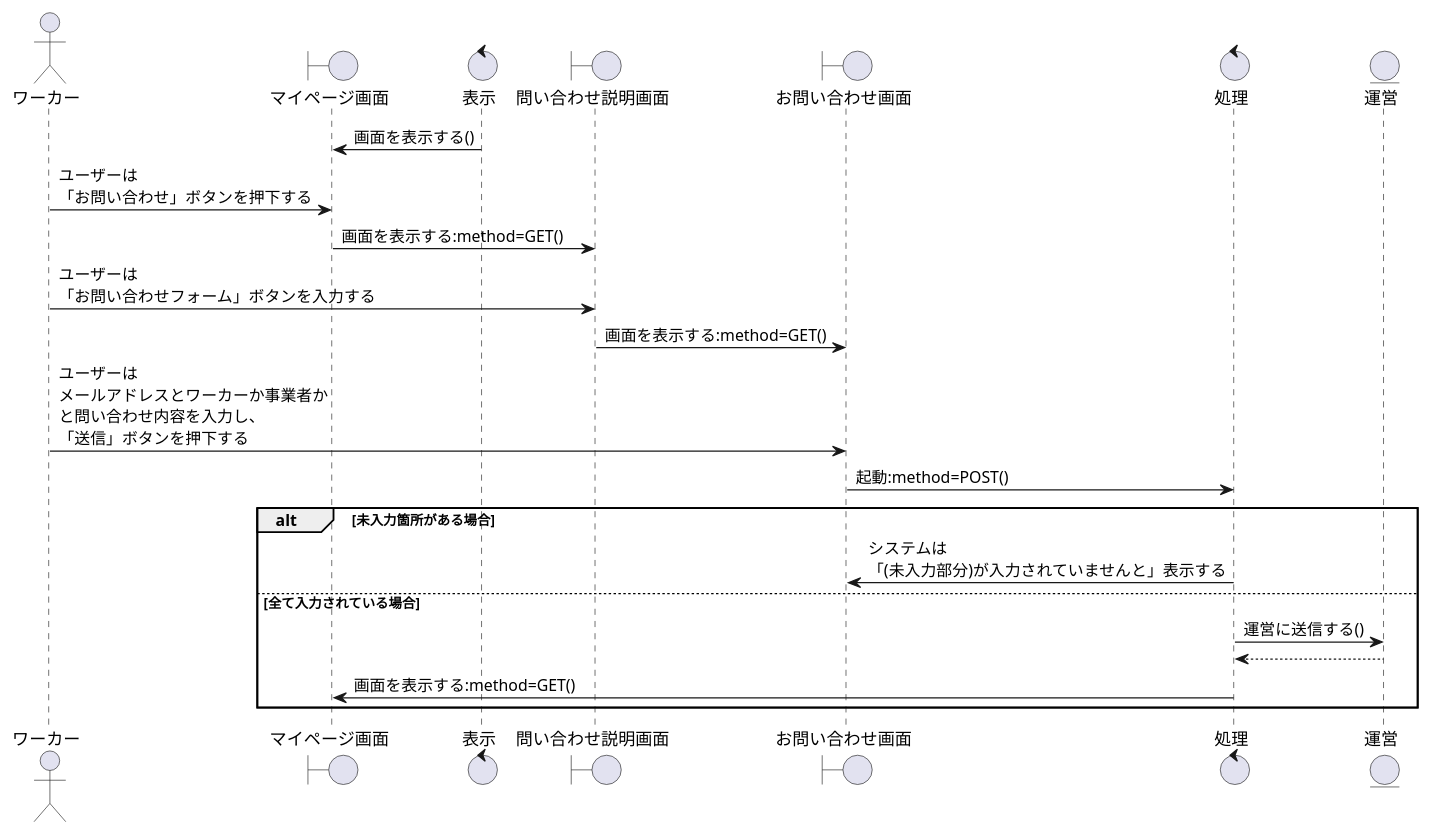
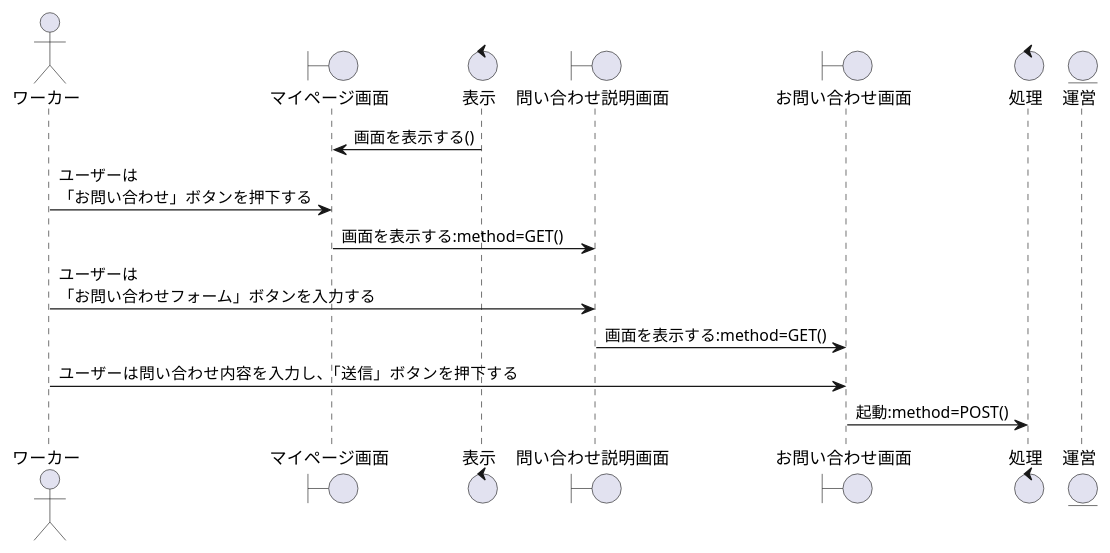
The diagram in sequence_fig/7_acconts_fn/13_お問い合わせをする.pu (irukacb256/high_Me), drawn with PlantUML before and after one commit. The commit also changed 13 other files, not shown here.

```diff
--- a/sequence_fig/7_acconts_fn/13_お問い合わせをする.pu
+++ b/sequence_fig/7_acconts_fn/13_お問い合わせをする.pu
@@ -1,32 +1,23 @@
 @startuml お問い合わせをする
 
 actor ワーカー as wo1
 
 boundary マイページ画面 as bo1
 control 表示 as co1
 boundary 問い合わせ説明画面 as bo2
 boundary お問い合わせ画面 as bo3
 
 control 処理 as co2
 
 entity 運営 as en1
 
 co1 -> bo1:画面を表示する()
 wo1 -> bo1:ユーザーは\n「お問い合わせ」ボタンを押下する
 bo1 -> bo2:画面を表示する:method=GET()
 wo1 -> bo2:ユーザーは\n「お問い合わせフォーム」ボタンを入力する
 bo2 -> bo3:画面を表示する:method=GET()
 
-wo1 -> bo3:ユーザーは\nメールアドレスとワーカーか事業者か\nと問い合わせ内容を入力し、\n「送信」ボタンを押下する
+wo1 -> bo3:ユーザーは問い合わせ内容を入力し、「送信」ボタンを押下する
 bo3 -> co2:起動:method=POST()
-alt 未入力箇所がある場合
-    co2 -> bo3:システムは\n「(未入力部分)が入力されていませんと」表示する
-
-else 全て入力されている場合
-    co2 -> en1:運営に送信する()
-    co2 <-- en1
-    co2 -> bo1:画面を表示する:method=GET()
-
-end
 
 @enduml
```
